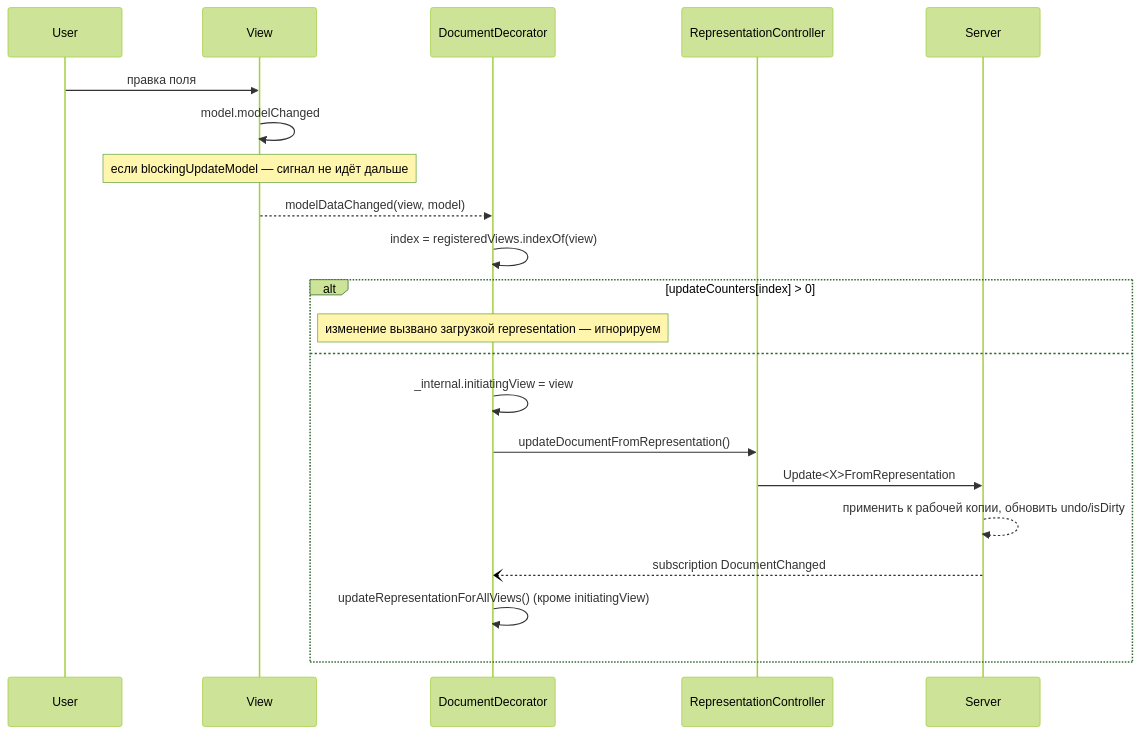
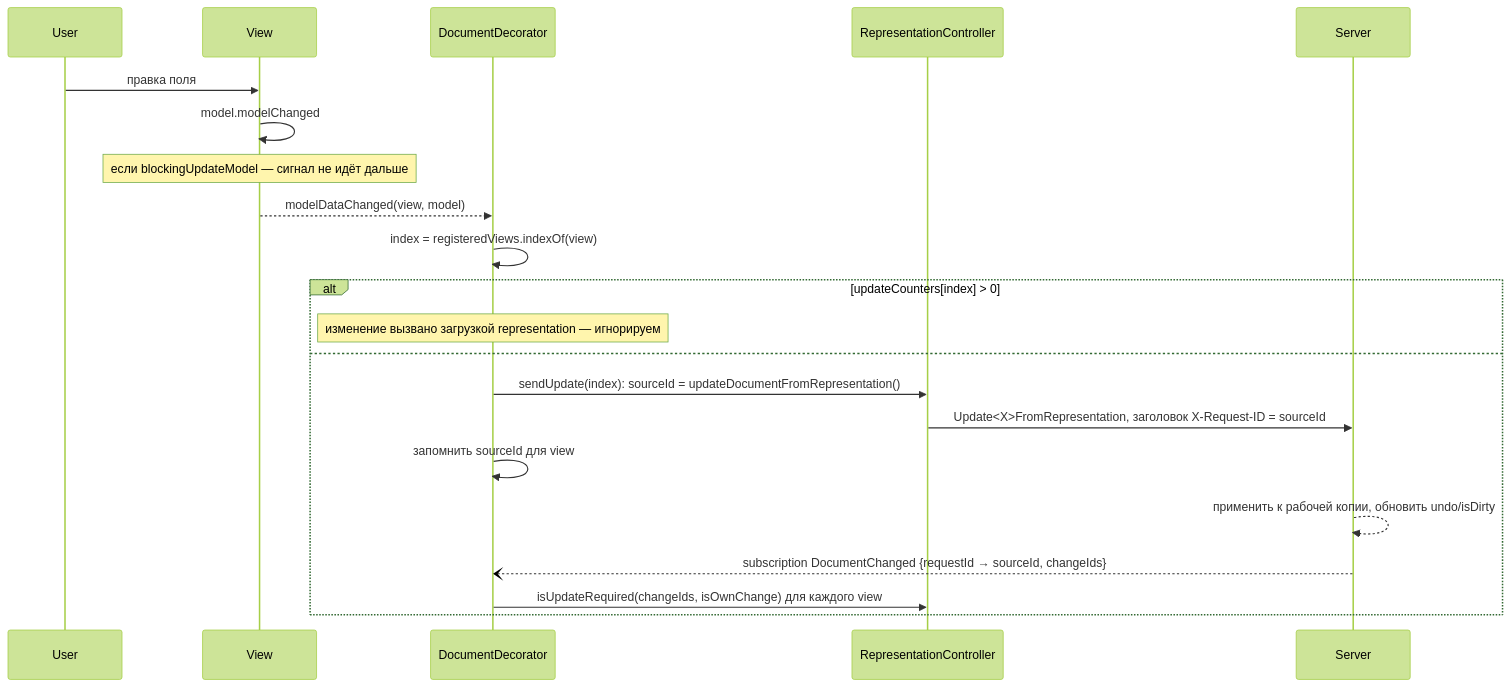
Before and after one commit to ImagingTools/ImtCore: the second of 2 diagrams in Docs/Qml/DocumentService_Client_Architecture.ru.md, drawn with Mermaid (forest theme). The commit also changed other lines of this file and 23 other files, not shown here.

First line of the commit message:
Let representation controllers decide on DocumentChanged by changeIds and the request that made the change

````diff
--- a/Docs/Qml/DocumentService_Client_Architecture.ru.md
+++ b/Docs/Qml/DocumentService_Client_Architecture.ru.md
@@ -723,24 +727,24 @@
 ```mermaid
 sequenceDiagram
     participant U as User
     participant V as View
     participant D as DocumentDecorator
     participant RC as RepresentationController
     participant S as Server
 
     U->>V: правка поля
     V->>V: model.modelChanged
     Note over V: если blockingUpdateModel — сигнал не идёт дальше
     V-->>D: modelDataChanged(view, model)
     D->>D: index = registeredViews.indexOf(view)
     alt updateCounters[index] > 0
         Note over D: изменение вызвано загрузкой representation — игнорируем
     else
-        D->>D: _internal.initiatingView = view
-        D->>RC: updateDocumentFromRepresentation()
-        RC->>S: Update<X>FromRepresentation
+        D->>RC: sendUpdate(index): sourceId = updateDocumentFromRepresentation()
+        RC->>S: Update<X>FromRepresentation, заголовок X-Request-ID = sourceId
+        D->>D: запомнить sourceId для view
         S-->>S: применить к рабочей копии, обновить undo/isDirty
-        S--)D: subscription DocumentChanged
-        D->>D: updateRepresentationForAllViews()  (кроме initiatingView)
+        S--)D: subscription DocumentChanged {requestId → sourceId, changeIds}
+        D->>RC: isUpdateRequired(changeIds, isOwnChange) для каждого view
     end
 ```
````
